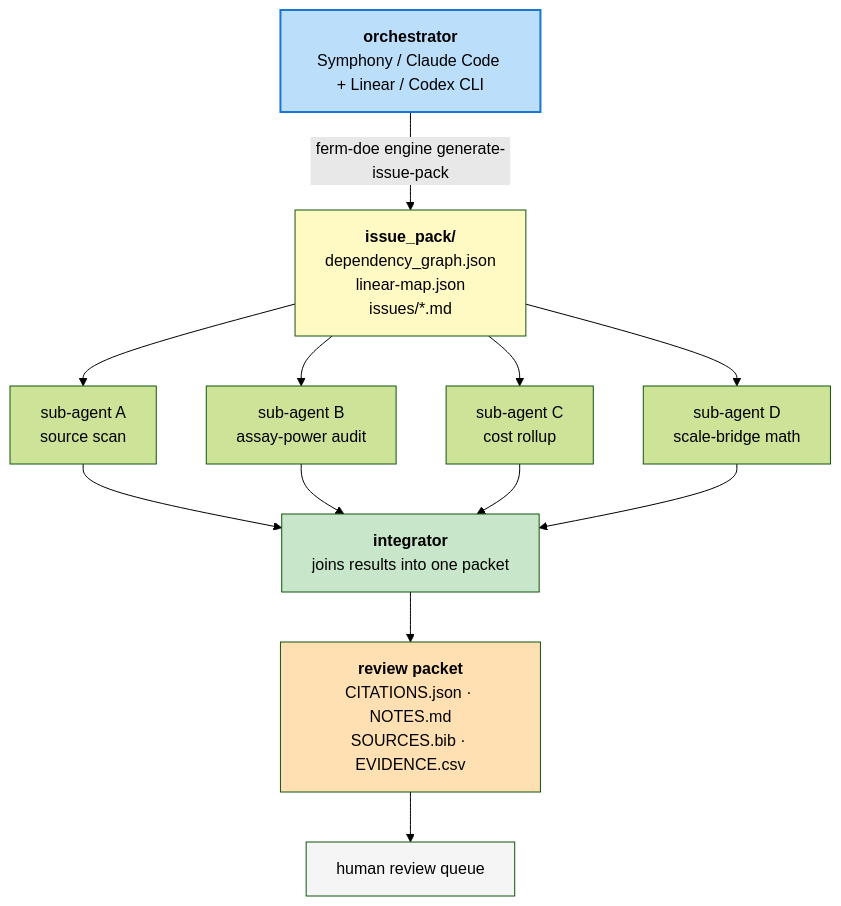
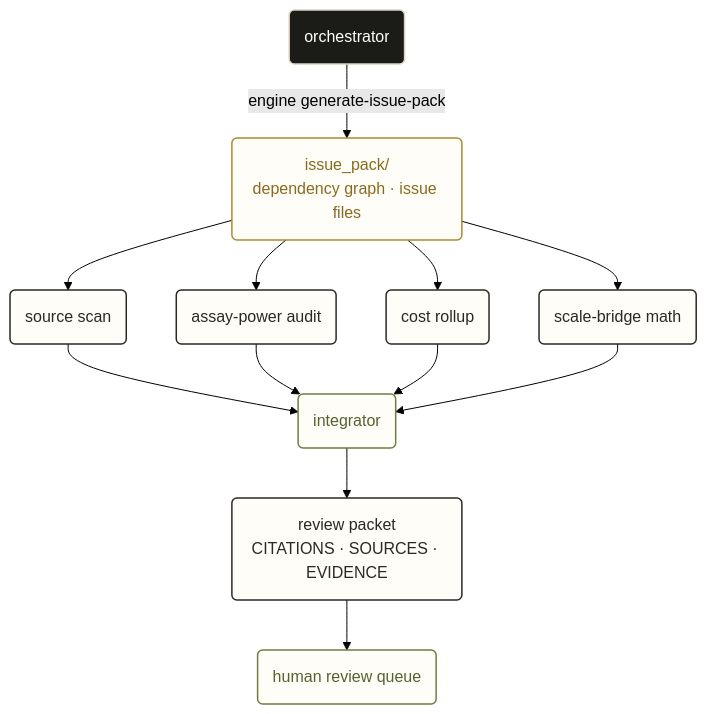
Before and after one commit to BioSymphony/ferm-doe: diagram 12 of 14 in README.md, drawn with Mermaid (forest theme). The commit also changed other lines of this file and 2 other files, not shown here.

First line of the commit message:
Convert README and visual overview diagrams to inline Mermaid

````diff
--- a/README.md
+++ b/README.md
@@ -435,24 +531,19 @@
 ```mermaid
 flowchart TB
-    O["<b>orchestrator</b><br/>Symphony / Claude Code + Linear / Codex CLI"]
-    O -- "ferm-doe engine generate-issue-pack" --> P["<b>issue_pack/</b><br/>dependency_graph.json<br/>linear-map.json<br/>issues/*.md"]
-
-    P --> A1["sub-agent A<br/>source scan"]
-    P --> A2["sub-agent B<br/>assay-power audit"]
-    P --> A3["sub-agent C<br/>cost rollup"]
-    P --> A4["sub-agent D<br/>scale-bridge math"]
-
-    A1 --> I["<b>integrator</b><br/>joins results into one packet"]
-    A2 --> I
-    A3 --> I
-    A4 --> I
-
-    I --> D["<b>review packet</b><br/>CITATIONS.json · NOTES.md<br/>SOURCES.bib · EVIDENCE.csv"]
-    D --> H["human review queue"]
-
-    style O fill:#bbdefb,stroke:#1976d2,stroke-width:2px
-    style P fill:#fff9c4
-    style I fill:#c8e6c9
-    style D fill:#ffe0b2
-    style H fill:#f5f5f5
+  O("orchestrator"):::hero
+  O -->|"engine generate-issue-pack"| P("issue_pack/<br/>dependency graph · issue files"):::gate
+  P --> A1("source scan"):::proc
+  P --> A2("assay-power audit"):::proc
+  P --> A3("cost rollup"):::proc
+  P --> A4("scale-bridge math"):::proc
+  A1 --> I("integrator"):::go
+  A2 --> I
+  A3 --> I
+  A4 --> I
+  I --> D("review packet<br/>CITATIONS · SOURCES · EVIDENCE"):::proc
+  D --> HQ("human review queue"):::go
+  classDef hero fill:#1b1b18,stroke:#d9d2c0,color:#ffffff,stroke-width:1.5px;
+  classDef proc fill:#fffdf8,stroke:#2b2926,color:#2b2926,stroke-width:1.5px;
+  classDef gate fill:#fffdf8,stroke:#b0892f,color:#8a6a1f,stroke-width:1.5px;
+  classDef go fill:#fffdf8,stroke:#6f7d3f,color:#566230,stroke-width:1.5px;
 ```
````
